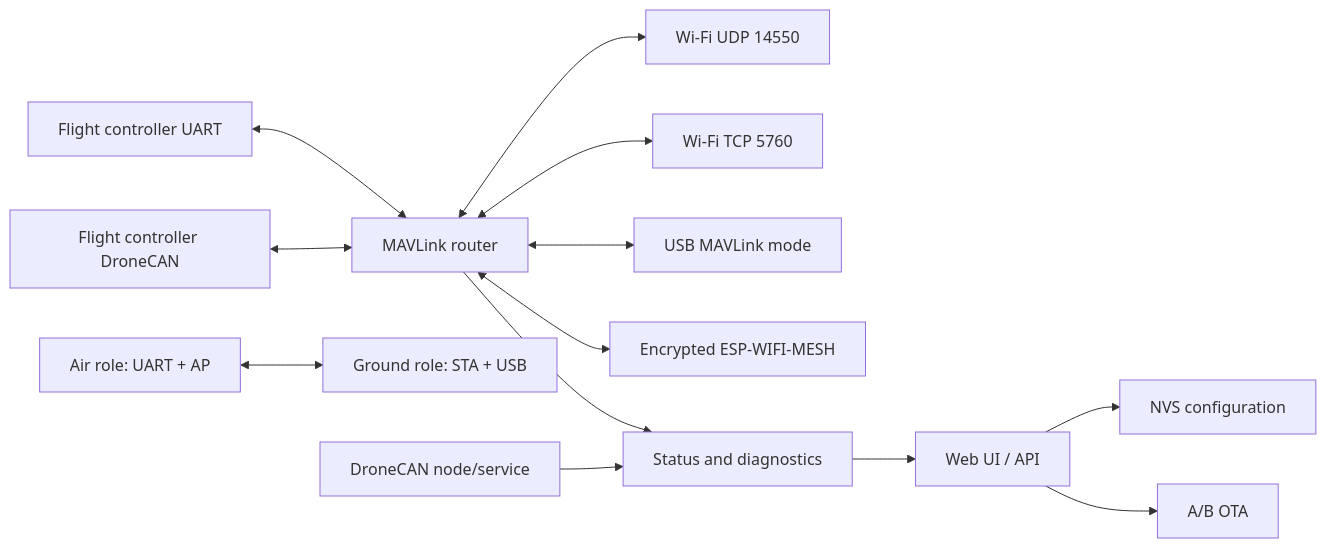
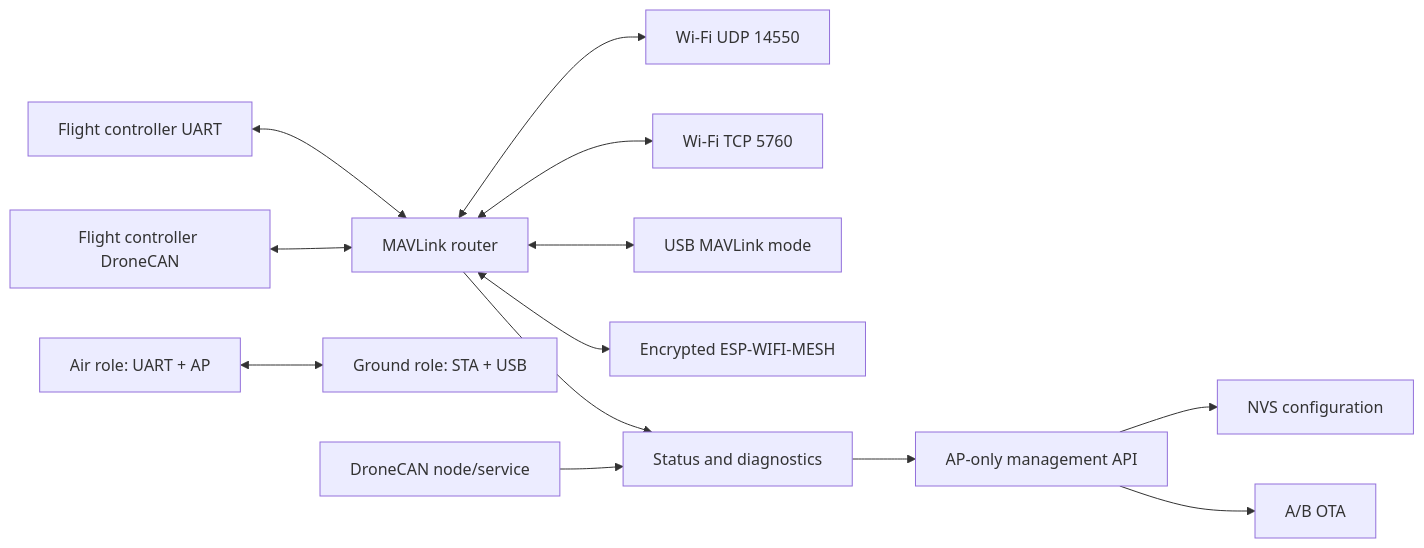
The diagram in README.md (FlyingRC-Official/AirLink), drawn with Mermaid before and after one commit. The commit also changed other lines of this file and 69 other files, not shown here.

````diff
--- a/README.md
+++ b/README.md
@@ -12,15 +11,15 @@
 ```mermaid
 flowchart LR
     FC["Flight controller UART"] <--> Router["MAVLink router"]
     FCCAN["Flight controller DroneCAN"] <--> Router
     Router <--> UDP["Wi-Fi UDP 14550"]
     Router <--> TCP["Wi-Fi TCP 5760"]
     Router <--> USB["USB MAVLink mode"]
     Router <--> Mesh["Encrypted ESP-WIFI-MESH"]
     Air["Air role: UART + AP"] <--> Ground["Ground role: STA + USB"]
     CAN["DroneCAN node/service"] --> Diagnostics["Status and diagnostics"]
     Router --> Diagnostics
-    Diagnostics --> Web["Web UI / API"]
-    Web --> Config["NVS configuration"]
-    Web --> OTA["A/B OTA"]
+    Diagnostics --> API["AP-only management API"]
+    API --> Config["NVS configuration"]
+    API --> OTA["A/B OTA"]
 ```
````
